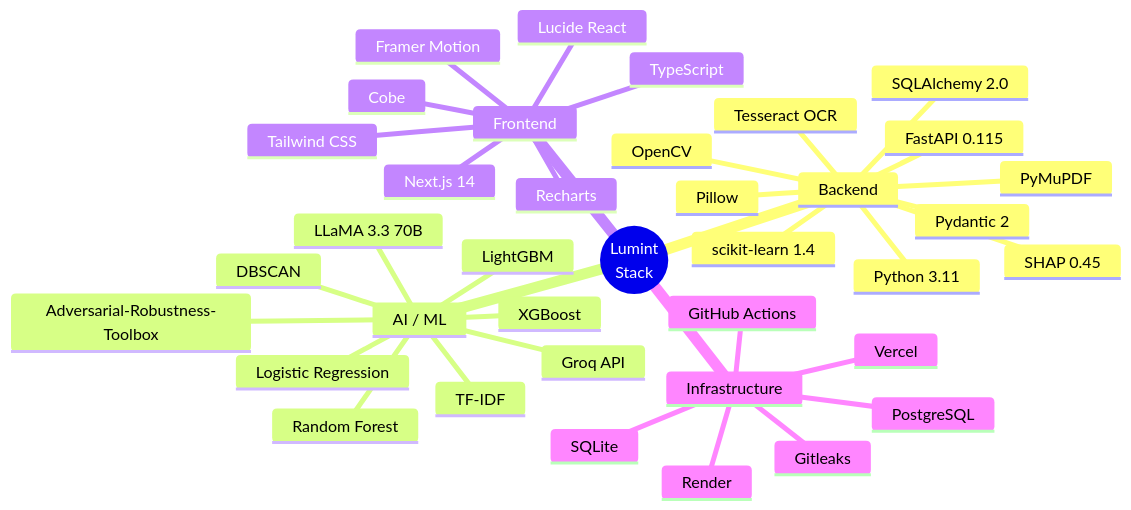
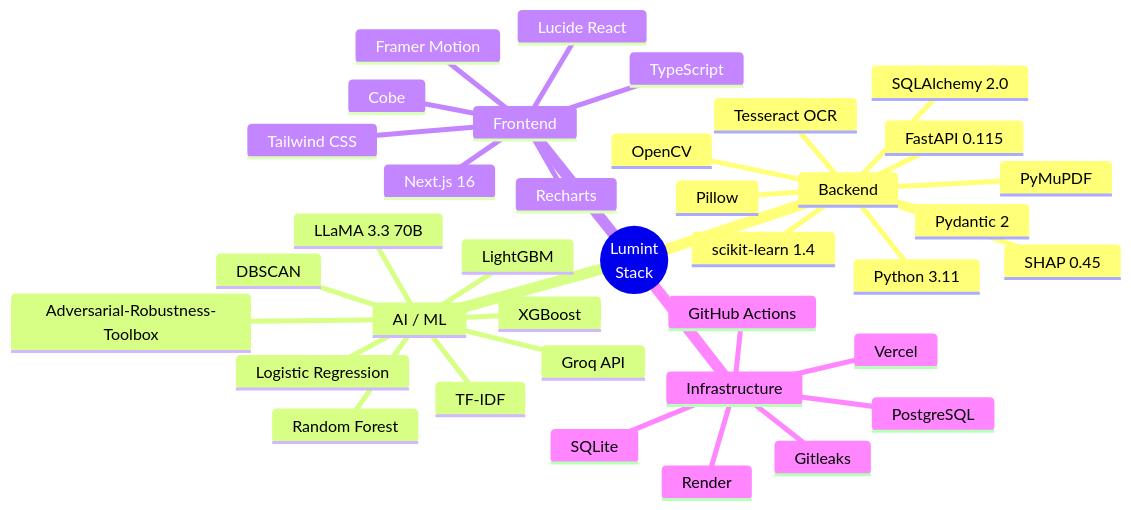
The seventh of 10 diagrams in README.md (tanmay-alpha/Lumint), drawn with Mermaid before and after one commit. The commit also changed other lines of this file and 73 other files, not shown here.

````diff
--- a/README.md
+++ b/README.md
@@ -390,40 +390,40 @@
 ```mermaid
 mindmap
   root((Lumint<br/>Stack))
     Backend
       Python 3.11
       FastAPI 0.115
       SQLAlchemy 2.0
       Pydantic 2
       scikit-learn 1.4
       SHAP 0.45
       Tesseract OCR
       PyMuPDF
       Pillow
       OpenCV
     AI / ML
       LLaMA 3.3 70B
       Groq API
       TF-IDF
       Logistic Regression
       Random Forest
       LightGBM
       XGBoost
       DBSCAN
       Adversarial-Robustness-Toolbox
     Frontend
-      Next.js 14
+      Next.js 16
       TypeScript
       Tailwind CSS
       Framer Motion
       Recharts
       Cobe
       Lucide React
     Infrastructure
       Vercel
       Render
       PostgreSQL
       SQLite
       GitHub Actions
       Gitleaks
 ```
````
